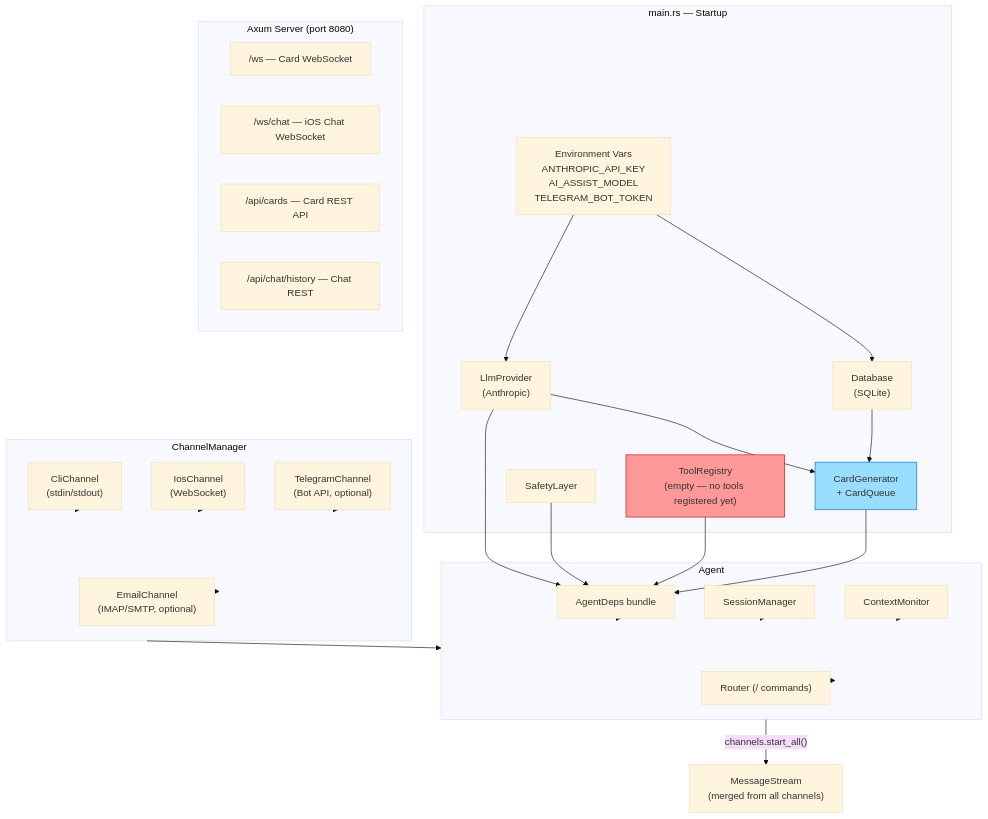
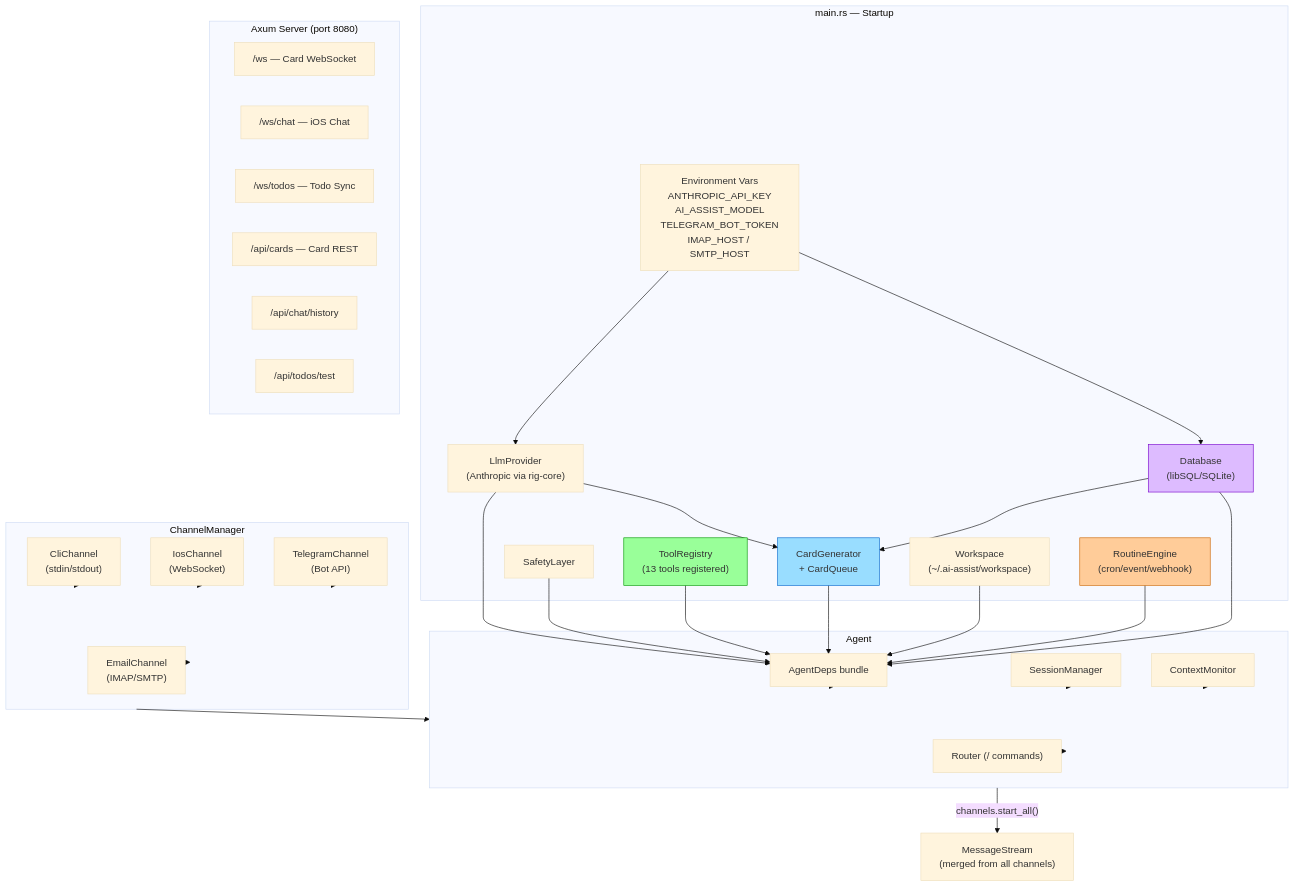
The first of 14 diagrams in docs/agent-loop-architecture.md (ith-harvey/ai-assist), drawn with Mermaid (base theme) before and after one commit. The commit also changed other lines of this file and 1 other file, not shown here.

First line of the commit message:
docs: comprehensive README and architecture update

````diff
--- a/docs/agent-loop-architecture.md
+++ b/docs/agent-loop-architecture.md
@@ -11,58 +11,67 @@
 ```mermaid
 graph TB
     subgraph "main.rs — Startup"
-        ENV["Environment Vars<br/>ANTHROPIC_API_KEY<br/>AI_ASSIST_MODEL<br/>TELEGRAM_BOT_TOKEN"]
-        LLM["LlmProvider<br/>(Anthropic)"]
-        DB["Database<br/>(SQLite)"]
+        ENV["Environment Vars<br/>ANTHROPIC_API_KEY<br/>AI_ASSIST_MODEL<br/>TELEGRAM_BOT_TOKEN<br/>IMAP_HOST / SMTP_HOST"]
+        LLM["LlmProvider<br/>(Anthropic via rig-core)"]
+        DB["Database<br/>(libSQL/SQLite)"]
         CARDS["CardGenerator<br/>+ CardQueue"]
-        TOOLS["ToolRegistry<br/>(empty — no tools registered yet)"]
+        TOOLS["ToolRegistry<br/>(13 tools registered)"]
         SAFETY["SafetyLayer"]
+        WORKSPACE["Workspace<br/>(~/.ai-assist/workspace)"]
+        ROUTINE["RoutineEngine<br/>(cron/event/webhook)"]
     end
 
     subgraph "Axum Server (port 8080)"
         WS_CARDS["/ws — Card WebSocket"]
-        WS_CHAT["/ws/chat — iOS Chat WebSocket"]
-        REST_CARDS["/api/cards — Card REST API"]
-        REST_CHAT["/api/chat/history — Chat REST"]
+        WS_CHAT["/ws/chat — iOS Chat"]
+        WS_TODOS["/ws/todos — Todo Sync"]
+        REST_CARDS["/api/cards — Card REST"]
+        REST_CHAT["/api/chat/history"]
+        REST_TODOS["/api/todos/test"]
     end
 
     subgraph "ChannelManager"
         CH_CLI["CliChannel<br/>(stdin/stdout)"]
         CH_IOS["IosChannel<br/>(WebSocket)"]
-        CH_TG["TelegramChannel<br/>(Bot API, optional)"]
-        CH_EMAIL["EmailChannel<br/>(IMAP/SMTP, optional)"]
+        CH_TG["TelegramChannel<br/>(Bot API)"]
+        CH_EMAIL["EmailChannel<br/>(IMAP/SMTP)"]
     end
 
     subgraph "Agent"
         DEPS["AgentDeps bundle"]
         SESS_MGR["SessionManager"]
         CTX_MON["ContextMonitor"]
         ROUTER["Router (/ commands)"]
     end
 
     ENV --> LLM
     ENV --> DB
     LLM --> CARDS
     DB --> CARDS
 
     LLM --> DEPS
     SAFETY --> DEPS
     TOOLS --> DEPS
     CARDS --> DEPS
+    WORKSPACE --> DEPS
+    ROUTINE --> DEPS
+    DB --> DEPS
 
     CH_CLI --> ChannelManager
     CH_IOS --> ChannelManager
     CH_TG --> ChannelManager
     CH_EMAIL --> ChannelManager
 
     DEPS --> Agent
     ChannelManager --> Agent
     SESS_MGR --> Agent
     CTX_MON --> Agent
     ROUTER --> Agent
 
     Agent -->|"channels.start_all()"| MSG_STREAM["MessageStream<br/>(merged from all channels)"]
 
-    style TOOLS fill:#ff9999,stroke:#cc0000
+    style TOOLS fill:#99ff99,stroke:#009900
     style CARDS fill:#99ddff,stroke:#0066cc
+    style ROUTINE fill:#ffcc99,stroke:#cc6600
+    style DB fill:#ddbbff,stroke:#7700cc
 ```
````
